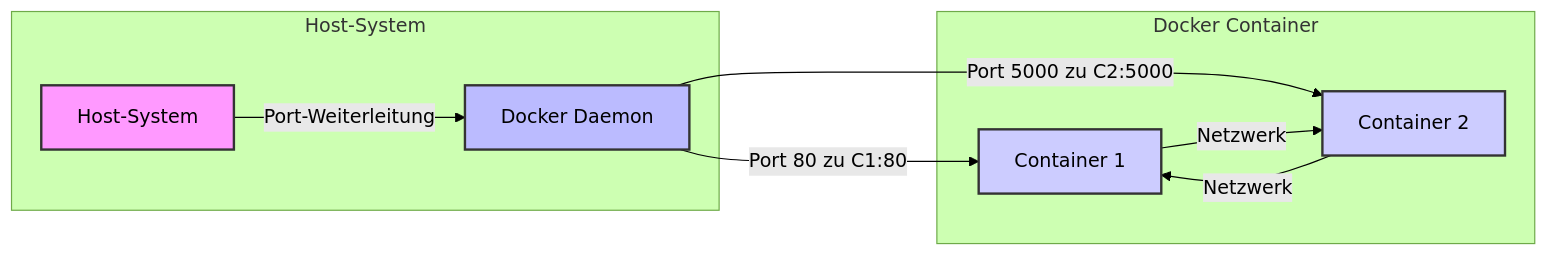
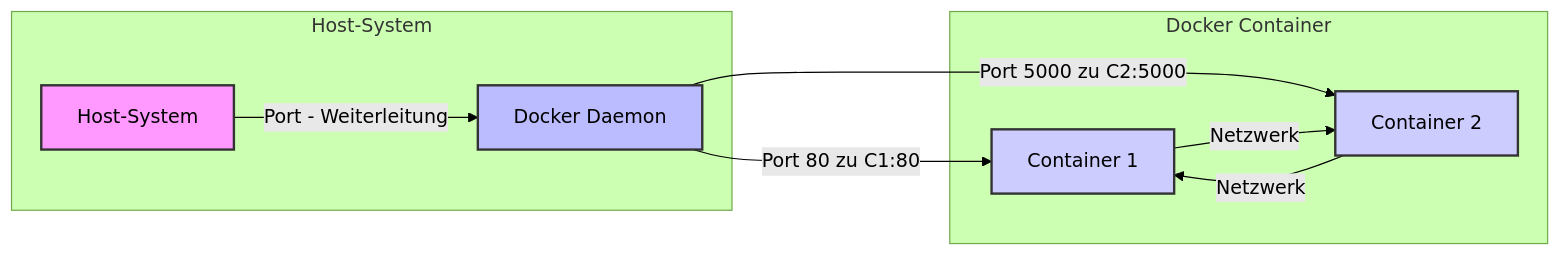
One commit to kevinsuelzle/Python_Wiki changed the diagram in docs/lehrplan/docker/kommunikation_zwischen_und_mit_docker_containern.md. Above: the diagram before and after it, drawn with Mermaid (forest theme). The commit also changed other lines of this file and 1 other file, not shown here.

````diff
--- a/docs/lehrplan/docker/kommunikation_zwischen_und_mit_docker_containern.md
+++ b/docs/lehrplan/docker/kommunikation_zwischen_und_mit_docker_containern.md
@@ -91,23 +99,22 @@
 ```mermaid
 graph LR
     subgraph Host-System
-    Host[Host-System]
-    DockerDaemon[Docker Daemon]
+        Host[Host-System]
+        DockerDaemon[Docker Daemon]
     end
 
     subgraph Docker Container
-    C1[Container 1]
-    C2[Container 2]
+        C1[Container 1]
+        C2[Container 2]
     end
 
-    Host -->|Port-Weiterleitung| DockerDaemon
+    Host -->|Port - Weiterleitung| DockerDaemon
     DockerDaemon -->|Port 80 zu C1:80| C1
     DockerDaemon -->|Port 5000 zu C2:5000| C2
     C1 -->|Netzwerk| C2
     C2 -->|Netzwerk| C1
-
-    style Host fill:#f9f,stroke:#333,stroke-width:2px
-    style DockerDaemon fill:#bbf,stroke:#333,stroke-width:2px
-    style C1 fill:#ccf,stroke:#333,stroke-width:2px
-    style C2 fill:#ccf,stroke:#333,stroke-width:2px
+    style Host fill: #f9f, stroke: #333, stroke-width: 2px
+    style DockerDaemon fill: #bbf, stroke: #333, stroke-width: 2px
+    style C1 fill: #ccf, stroke: #333, stroke-width: 2px
+    style C2 fill: #ccf, stroke: #333, stroke-width: 2px
 ```
````
